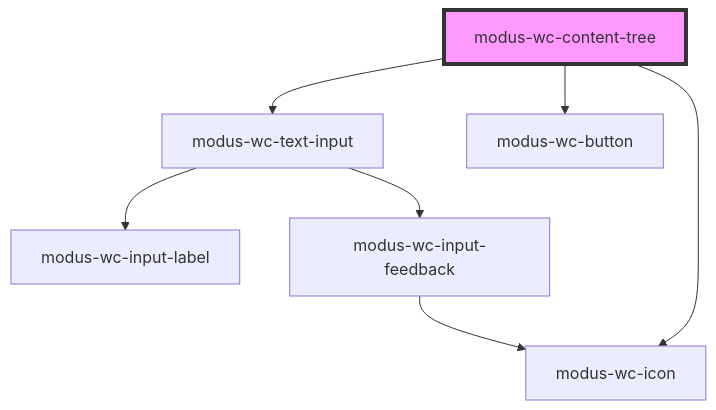
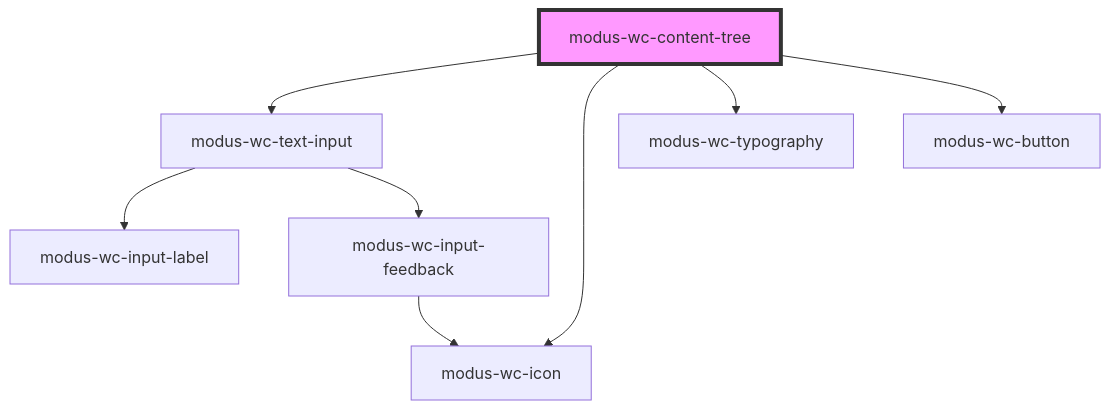
Before and after one commit to trimble-oss/modus-wc-2.0: the diagram in src/components/modus-wc-content-tree/readme.md, drawn with Mermaid. The commit also changed other lines of this file and 10 other files, not shown here.

````diff
--- a/src/components/modus-wc-content-tree/readme.md
+++ b/src/components/modus-wc-content-tree/readme.md
@@ -32,10 +33,11 @@
 ```mermaid
 graph TD;
   modus-wc-content-tree --> modus-wc-text-input
+  modus-wc-content-tree --> modus-wc-icon
+  modus-wc-content-tree --> modus-wc-typography
   modus-wc-content-tree --> modus-wc-button
-  modus-wc-content-tree --> modus-wc-icon
   modus-wc-text-input --> modus-wc-input-label
   modus-wc-text-input --> modus-wc-input-feedback
   modus-wc-input-feedback --> modus-wc-icon
   style modus-wc-content-tree fill:#f9f,stroke:#333,stroke-width:4px
 ```
````
